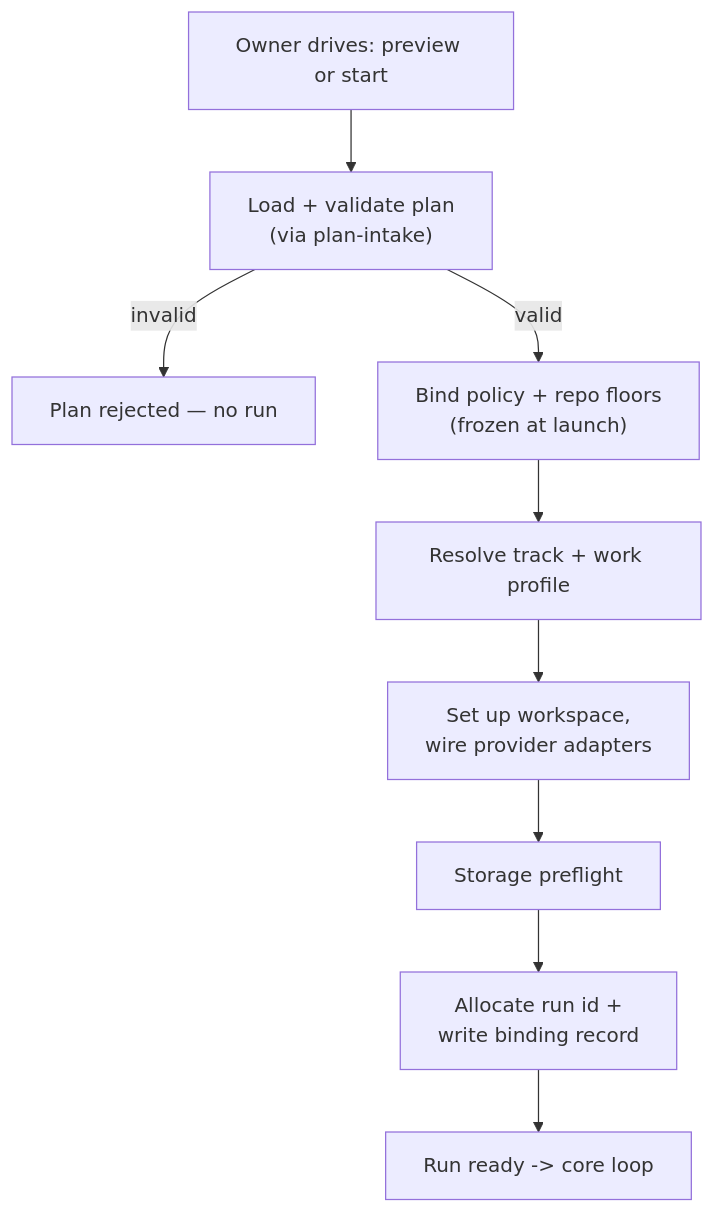
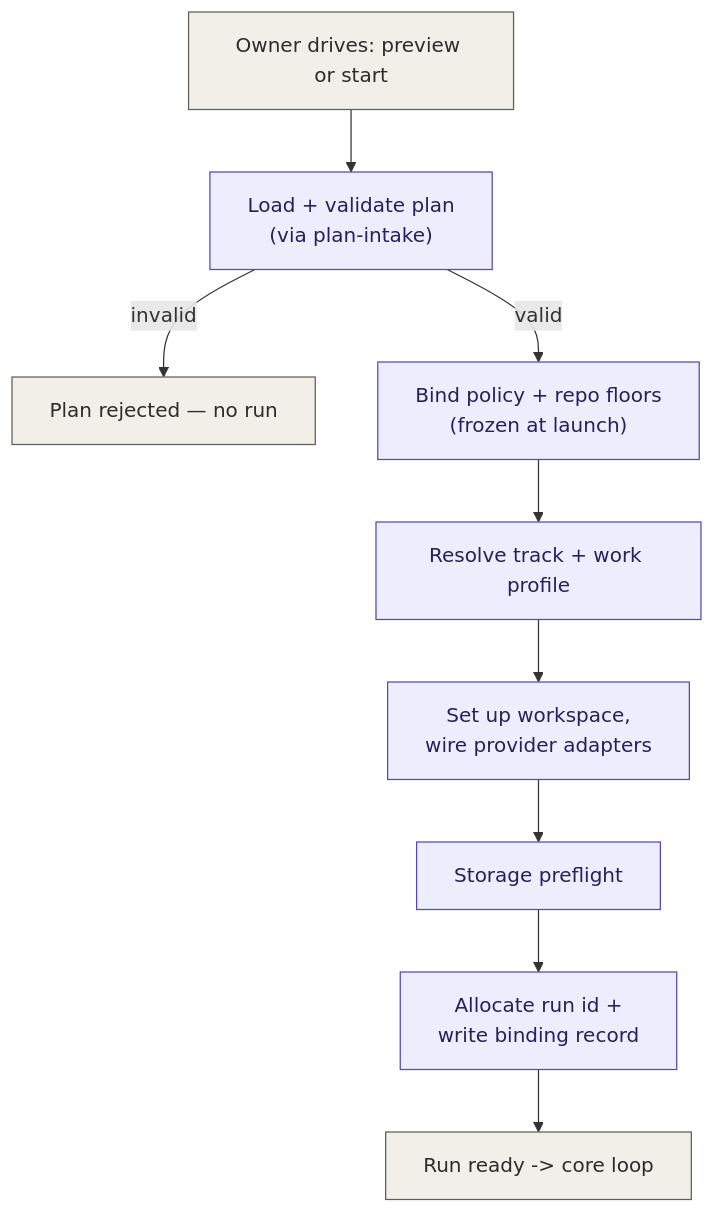
One commit to agentic-workflow-kit/jig changed the diagram in docs/design/core/bootstrap.md. Above: the diagram before and after it, drawn with Mermaid. The commit also changed 8 other files, not shown here.

First line of the commit message:
docs: style design-layer diagrams by category

````diff
--- a/docs/design/core/bootstrap.md
+++ b/docs/design/core/bootstrap.md
@@ -32,21 +32,26 @@
 ```mermaid
 flowchart TD
     Drive["Owner drives: preview or start"]
     Load["Load + validate plan<br/>(via plan-intake)"]
     Rej["Plan rejected — no run"]
     Bind["Bind policy + repo floors<br/>(frozen at launch)"]
     Resolve["Resolve track + work profile"]
     Wire["Set up workspace,<br/>wire provider adapters"]
     Preflight["Storage preflight"]
     Alloc["Allocate run id +<br/>write binding record"]
     Ready["Run ready -> core loop"]
 
     Drive --> Load
     Load -->|invalid| Rej
     Load -->|valid| Bind
     Bind --> Resolve
     Resolve --> Wire
     Wire --> Preflight
     Preflight --> Alloc
     Alloc --> Ready
+
+    classDef config fill:#EEEDFE,stroke:#534AB7,color:#26215C;
+    classDef neutral fill:#F1EFE8,stroke:#5F5E5A,color:#2C2C2A;
+    class Load,Bind,Resolve,Wire,Preflight,Alloc config;
+    class Drive,Rej,Ready neutral;
 ```
````
